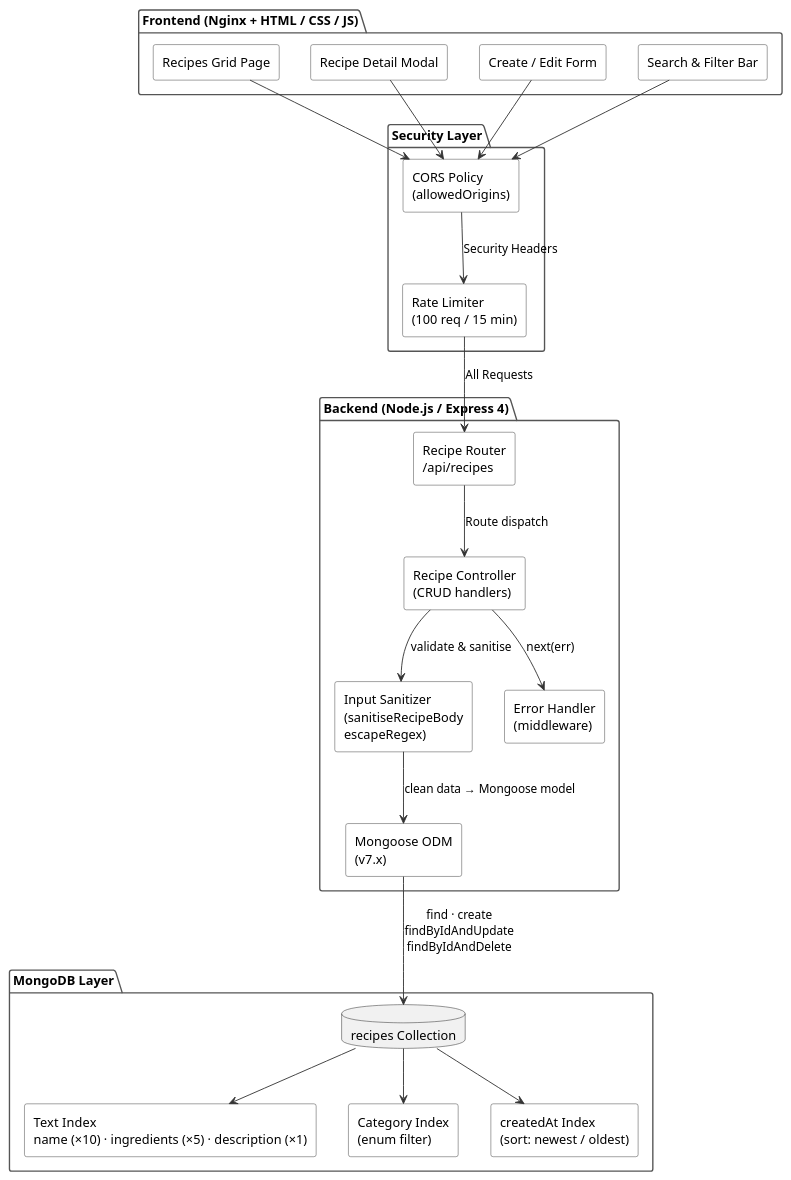
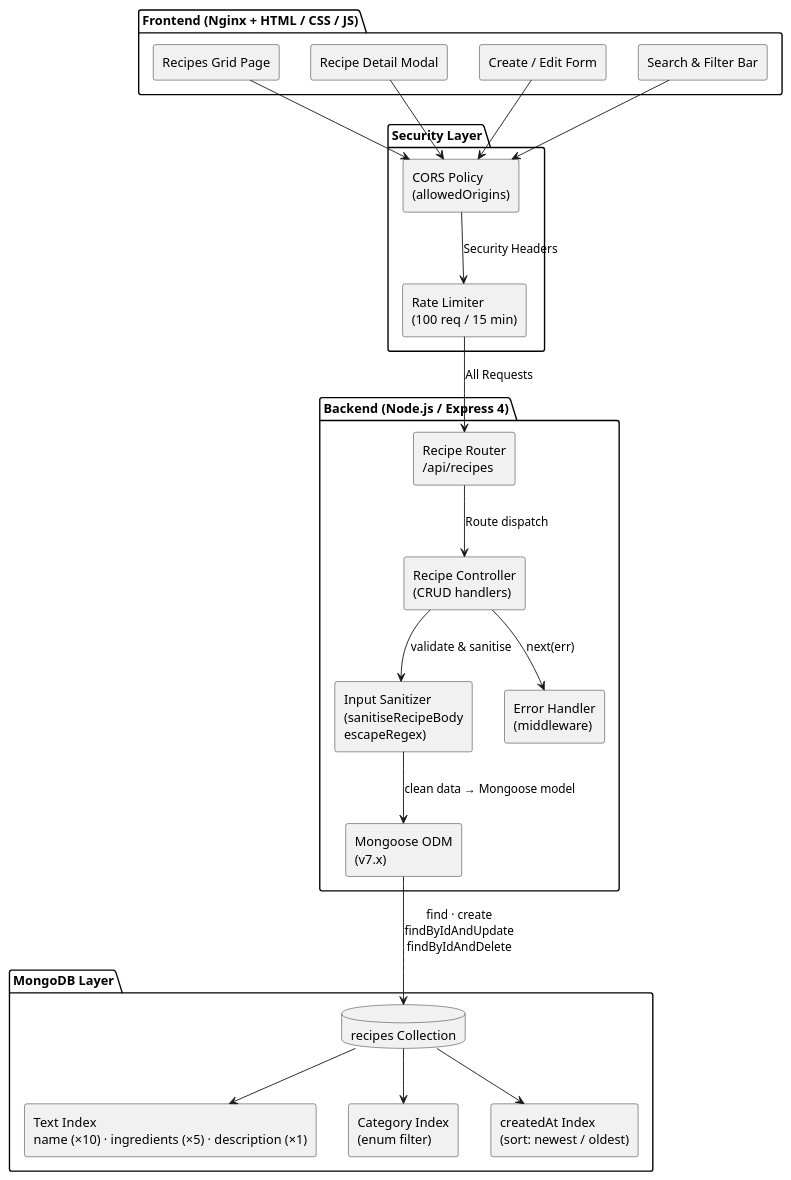
Before and after one commit to ArwaMohey/ADB-Project: the fourth of 8 diagrams in DOCUMENTATION.md, drawn with PlantUML. The commit also changed other lines of this file, not shown here.

First line of the commit message:
docs: add skinparam monochrome true to all PlantUML blocks and add NoSQL ERD diagram (Section 2.8)"

````diff
--- a/DOCUMENTATION.md
+++ b/DOCUMENTATION.md
@@ -244,63 +239,56 @@
 ```plantuml
 @startuml RecipeVault_Architecture
+skinparam monochrome true
 skinparam componentStyle rectangle
-skinparam component {
-  BackgroundColor White
-  BorderColor #333333
-}
 skinparam package {
-  BorderColor #555555
   FontStyle bold
-}
-skinparam arrow {
-  Color #333333
 }
 
 package "Frontend (Nginx + HTML / CSS / JS)" {
   [Recipes Grid Page]    as PG
   [Recipe Detail Modal]  as PD
   [Create / Edit Form]   as PF
   [Search & Filter Bar]  as PS
 }
 
 package "Security Layer" {
   [CORS Policy\n(allowedOrigins)]          as CORS
   [Rate Limiter\n(100 req / 15 min)]       as RL
 }
 
 package "Backend (Node.js / Express 4)" {
   [Recipe Router\n/api/recipes]            as Router
   [Recipe Controller\n(CRUD handlers)]     as Ctrl
   [Input Sanitizer\n(sanitiseRecipeBody\nescapeRegex)]  as San
   [Mongoose ODM\n(v7.x)]                   as ODM
   [Error Handler\n(middleware)]            as EH
 }
 
 package "MongoDB Layer" {
   database "recipes Collection" as Col
   [Text Index\nname (×10) · ingredients (×5) · description (×1)] as TI
   [Category Index\n(enum filter)]          as CI
   [createdAt Index\n(sort: newest / oldest)] as DI
 }
 
 PG  --> CORS
 PD  --> CORS
 PF  --> CORS
 PS  --> CORS
 
 CORS --> RL       : Security Headers
 RL   --> Router   : All Requests
 
 Router --> Ctrl   : Route dispatch
 Ctrl   --> San    : validate & sanitise
 San    --> ODM    : clean data → Mongoose model
 ODM    --> Col    : find · create\nfindByIdAndUpdate\nfindByIdAndDelete
 
 Col --> TI
 Col --> CI
 Col --> DI
 
 Ctrl --> EH : next(err)
 
 @enduml
 ```
````
